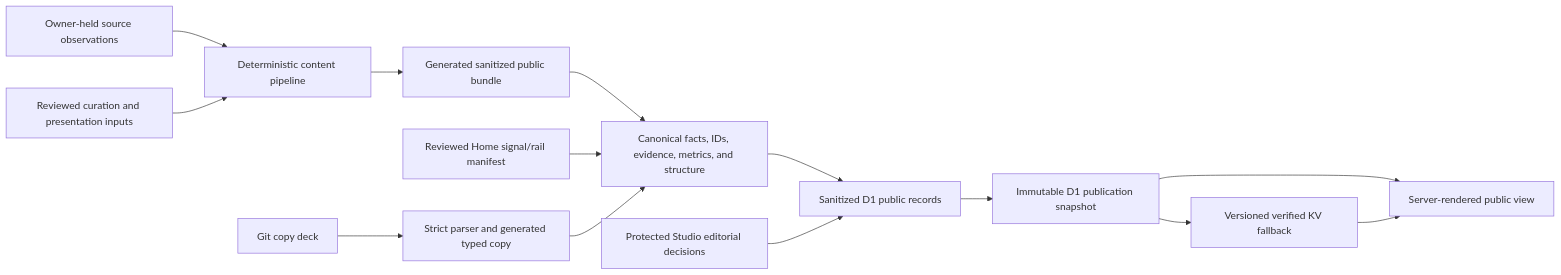
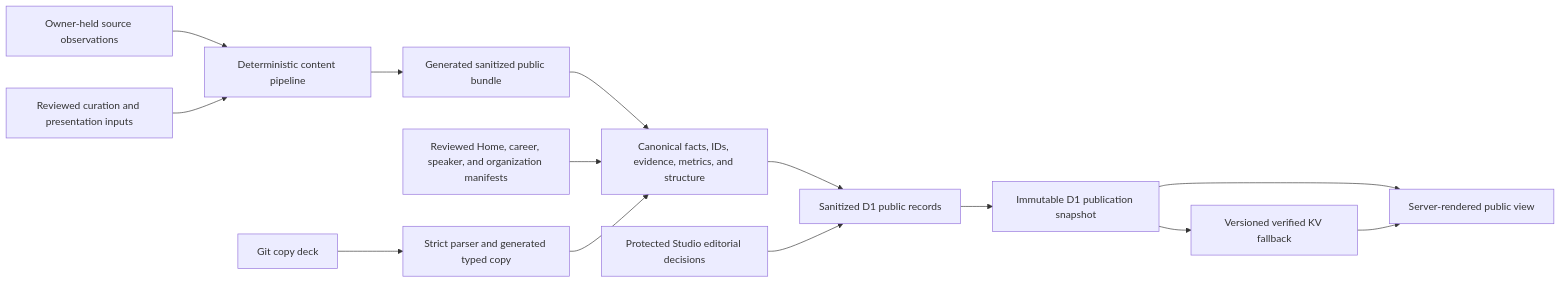
The third of 5 diagrams in docs/architecture/codebase-tour.md (ash0ts/anish-shah-work-in-public), drawn with Mermaid before and after one commit. The commit also changed other lines of this file and 31 other files, not shown here.

````diff
--- a/docs/architecture/codebase-tour.md
+++ b/docs/architecture/codebase-tour.md
@@ -119,14 +119,14 @@
 ```mermaid
 flowchart LR
   private["Owner-held source observations"] --> generator["Deterministic content pipeline"]
   curation["Reviewed curation and presentation inputs"] --> generator
   generator --> public["Generated sanitized public bundle"]
   public --> base["Canonical facts, IDs, evidence, metrics, and structure"]
-  home["Reviewed Home signal/rail manifest"] --> base
+  presentation["Reviewed Home, career, speaker, and organization manifests"] --> base
   copy["Git copy deck"] --> copygen["Strict parser and generated typed copy"] --> base
   base --> seed["Sanitized D1 public records"]
   studio["Protected Studio editorial decisions"] --> seed
   seed --> snapshot["Immutable D1 publication snapshot"]
   snapshot --> view["Server-rendered public view"]
   snapshot --> fallback["Versioned verified KV fallback"] --> view
 ```
````
